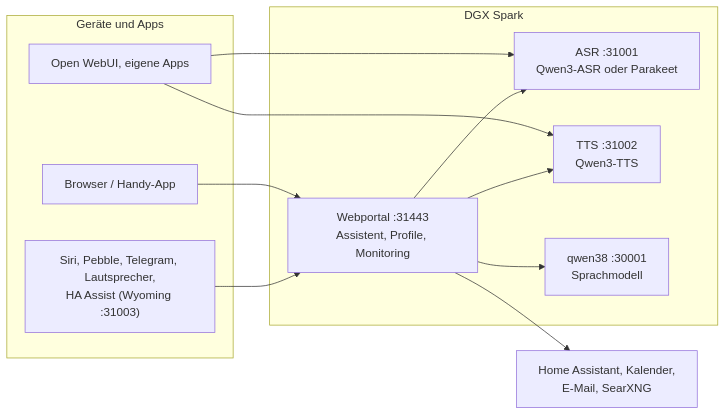
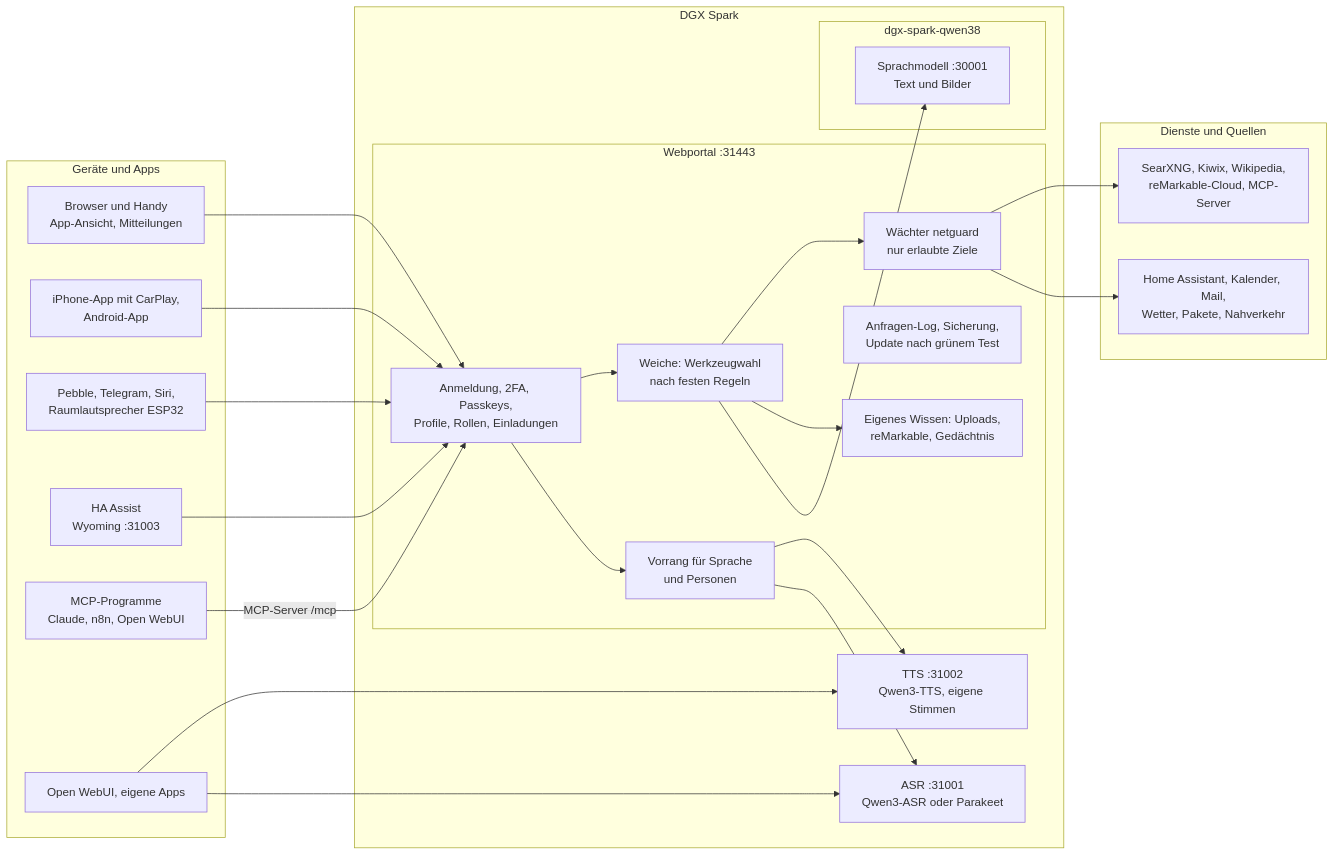
Before and after one commit to db9979/speech-on-dgx-spark: the diagram in README.de.md, drawn with Mermaid. The commit also changed other lines of this file and 3 other files, not shown here.

````diff
--- a/README.de.md
+++ b/README.de.md
@@ -51,23 +51,46 @@
 ```mermaid
 flowchart LR
   subgraph Clients["Geräte und Apps"]
-    B["Browser / Handy-App"]
+    B["Browser und Handy<br/>App-Ansicht, Mitteilungen"]
+    APP["iPhone-App mit CarPlay,<br/>Android-App"]
+    X["Pebble, Telegram, Siri,<br/>Raumlautsprecher ESP32"]
+    W["HA Assist<br/>Wyoming :31003"]
+    M["MCP-Programme<br/>Claude, n8n, Open WebUI"]
     A["Open WebUI, eigene Apps"]
-    X["Siri, Pebble, Telegram, Lautsprecher,<br/>HA Assist (Wyoming :31003)"]
   end
   subgraph Spark["DGX Spark"]
-    P["Webportal :31443<br/>Assistent, Profile, Monitoring"]
+    subgraph P["Webportal :31443"]
+      G["Anmeldung, 2FA, Passkeys,<br/>Profile, Rollen, Einladungen"]
+      R["Weiche: Werkzeugwahl<br/>nach festen Regeln"]
+      V["Vorrang für Sprache<br/>und Personen"]
+      K["Eigenes Wissen: Uploads,<br/>reMarkable, Gedächtnis"]
+      LOG["Anfragen-Log, Sicherung,<br/>Update nach grünem Test"]
+      S["Wächter netguard<br/>nur erlaubte Ziele"]
+    end
     ASR["ASR :31001<br/>Qwen3-ASR oder Parakeet"]
-    TTS["TTS :31002<br/>Qwen3-TTS"]
-    LLM["qwen38 :30001<br/>Sprachmodell"]
+    TTS["TTS :31002<br/>Qwen3-TTS, eigene Stimmen"]
+    subgraph Q38["dgx-spark-qwen38"]
+      LLM["Sprachmodell :30001<br/>Text und Bilder"]
+    end
   end
-  E["Home Assistant, Kalender,<br/>E-Mail, SearXNG"]
-  B --> P
-  X --> P
+  subgraph Out["Dienste und Quellen"]
+    E["Home Assistant, Kalender, Mail,<br/>Wetter, Pakete, Nahverkehr"]
+    Q["SearXNG, Kiwix, Wikipedia,<br/>reMarkable-Cloud, MCP-Server"]
+  end
+  B --> G
+  APP --> G
+  X --> G
+  W --> G
+  M -->|"MCP-Server /mcp"| G
   A --> ASR
   A --> TTS
-  P --> ASR
-  P --> LLM
-  P --> TTS
-  P --> E
+  G --> V
+  G --> R
+  V --> ASR
+  V --> TTS
+  R --> LLM
+  R --> K
+  R --> S
+  S --> E
+  S --> Q
 ```
````
